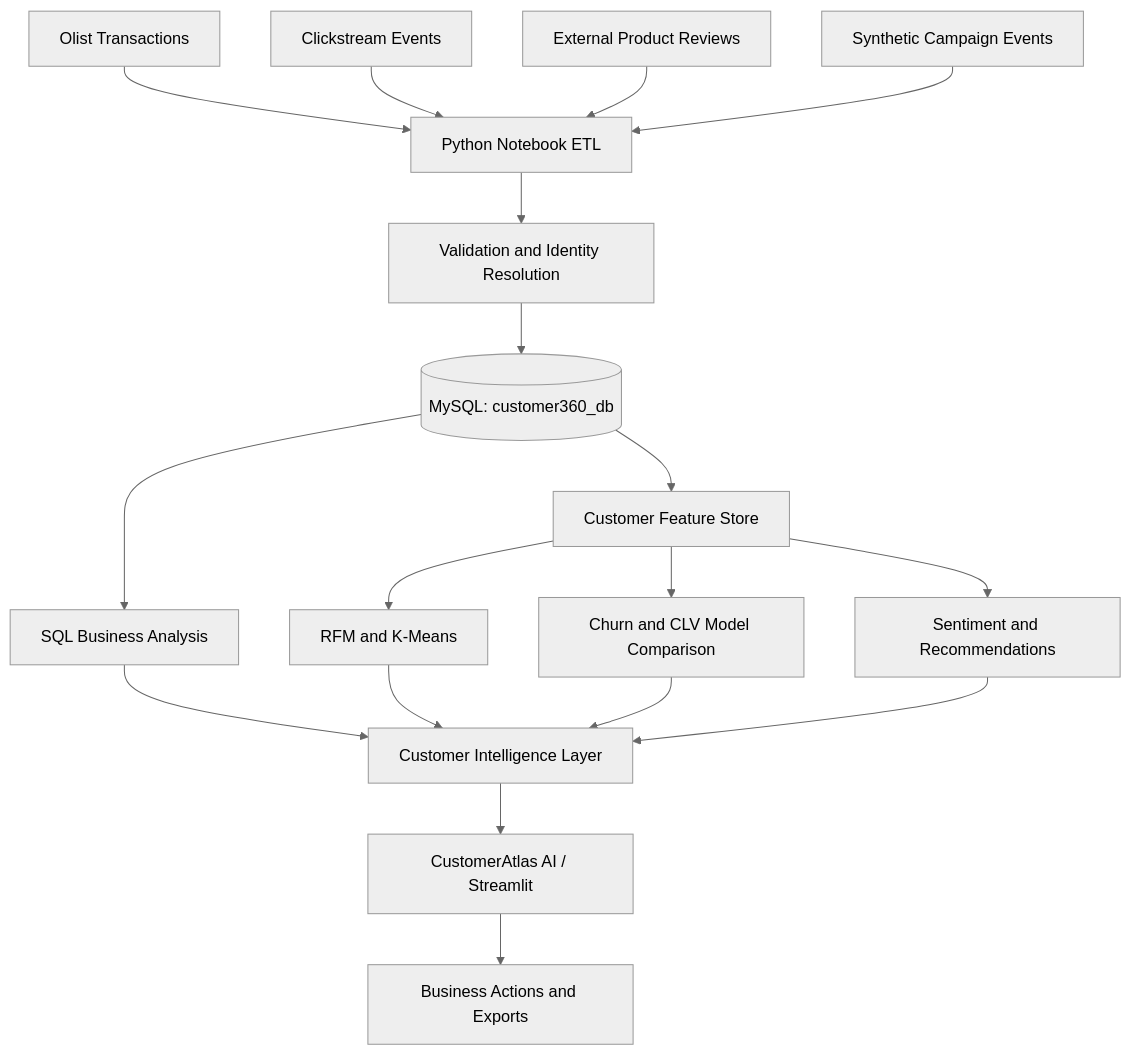
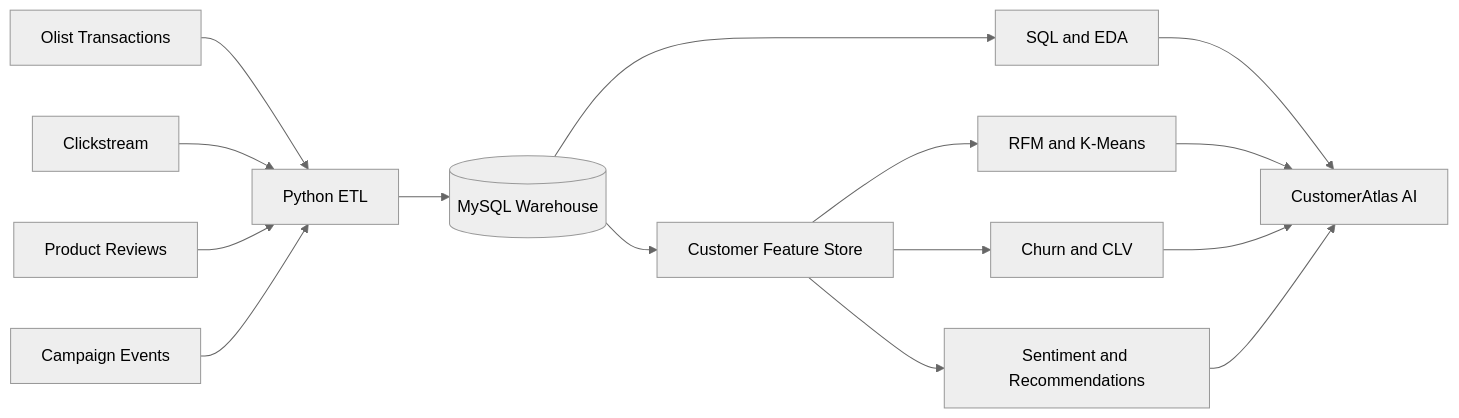
One commit to suhani-chauhan56/Customer-360-Intelligence-Platform changed the diagram in README.md. Above: the diagram before and after it, drawn with Mermaid (neutral theme). The commit also changed other lines of this file, not shown here.

````diff
--- a/README.md
+++ b/README.md
@@ -60,23 +30,17 @@
 ```mermaid
-flowchart TD
-    A[Olist Transactions] --> E[Python Notebook ETL]
-    B[Clickstream Events] --> E
-    C[External Product Reviews] --> E
-    D[Synthetic Campaign Events] --> E
-
-    E --> F[Validation and Identity Resolution]
-    F --> G[(MySQL: customer360_db)]
-    G --> H[SQL Business Analysis]
-    G --> I[Customer Feature Store]
-
-    I --> J[RFM and K-Means]
-    I --> K[Churn and CLV Model Comparison]
-    I --> L[Sentiment and Recommendations]
-
-    H --> M[Customer Intelligence Layer]
-    J --> M
-    K --> M
-    L --> M
-    M --> N[CustomerAtlas AI / Streamlit]
-    N --> O[Business Actions and Exports]
+flowchart LR
+    A[Olist Transactions] --> E[Python ETL]
+    B[Clickstream] --> E
+    C[Product Reviews] --> E
+    D[Campaign Events] --> E
+    E --> F[(MySQL Warehouse)]
+    F --> G[SQL and EDA]
+    F --> H[Customer Feature Store]
+    H --> I[RFM and K-Means]
+    H --> J[Churn and CLV]
+    H --> K[Sentiment and Recommendations]
+    G --> L[CustomerAtlas AI]
+    I --> L
+    J --> L
+    K --> L
 ```
````
